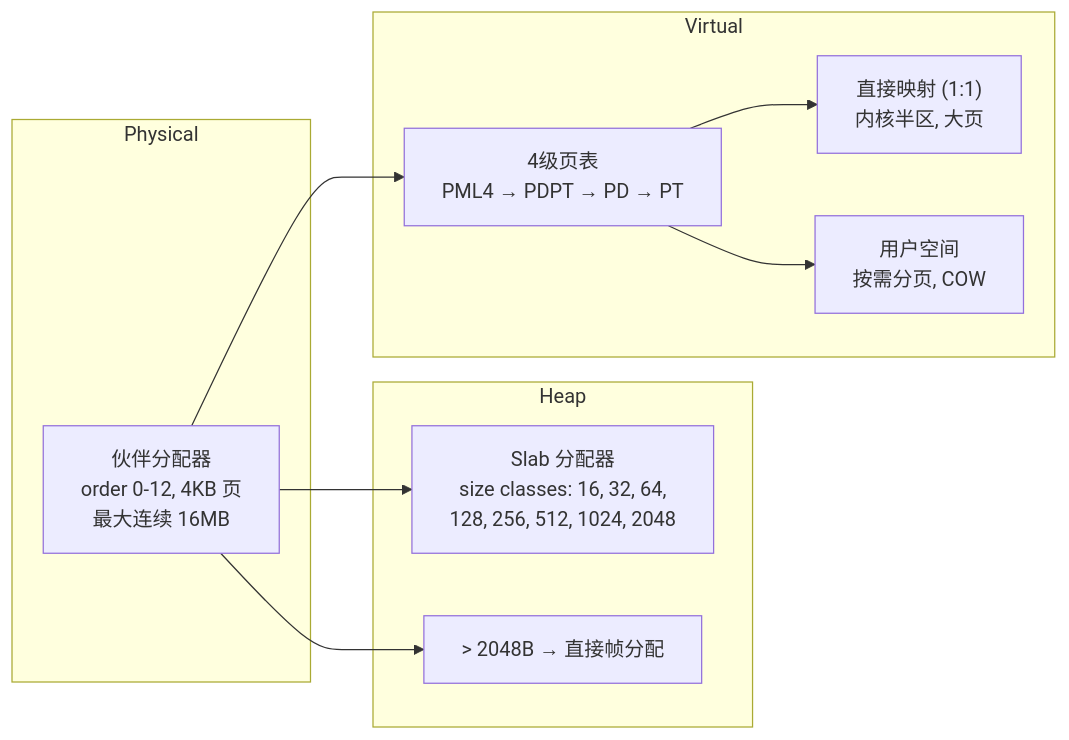
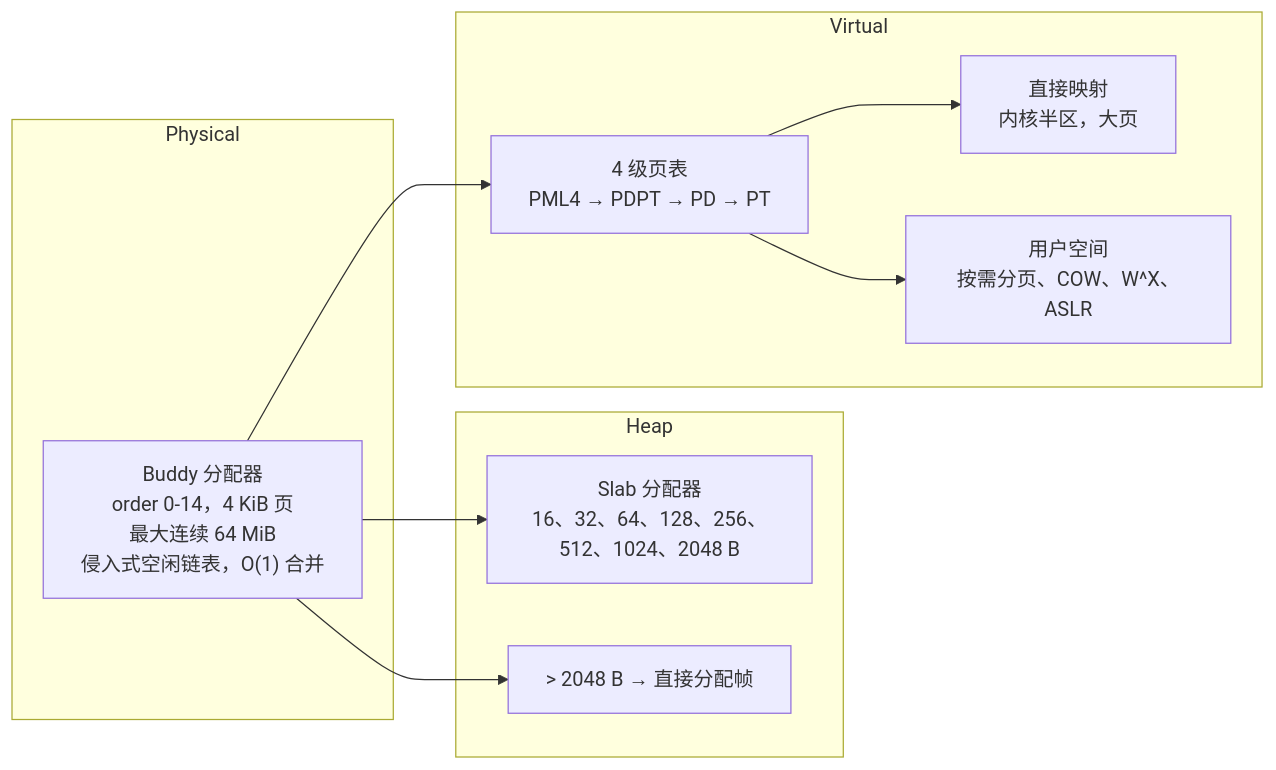
The third of 5 diagrams in README.zh.md (sgj123456/MPOS), drawn with Mermaid before and after one commit. The commit also changed other lines of this file and 2 other files, not shown here.

````diff
--- a/README.zh.md
+++ b/README.zh.md
@@ -139,23 +169,20 @@
 ```mermaid
 graph LR
     subgraph Physical
-        PMM["伙伴分配器<br/>order 0-12, 4KB 页<br/>最大连续 16MB"]
+        PMM["Buddy 分配器<br/>order 0-14，4 KiB 页<br/>最大连续 64 MiB<br/>侵入式空闲链表，O(1) 合并"]
     end
-
     subgraph Heap
-        SLAB["Slab 分配器<br/>size classes: 16, 32, 64,<br/>128, 256, 512, 1024, 2048"]
-        LARGE["> 2048B → 直接帧分配"]
+        SLAB["Slab 分配器<br/>16、32、64、128、256、512、1024、2048 B"]
+        LARGE["> 2048 B → 直接分配帧"]
     end
-
     subgraph Virtual
-        PT["4级页表<br/>PML4 → PDPT → PD → PT"]
-        HHDM["直接映射 (1:1)<br/>内核半区, 大页"]
-        USER["用户空间<br/>按需分页, COW"]
+        PT["4 级页表<br/>PML4 → PDPT → PD → PT"]
+        HHDM["直接映射<br/>内核半区，大页"]
+        USER["用户空间<br/>按需分页、COW、W^X、ASLR"]
     end
-
     PMM --> SLAB
     PMM --> LARGE
     PMM --> PT
     PT --> HHDM
     PT --> USER
 ```
````
